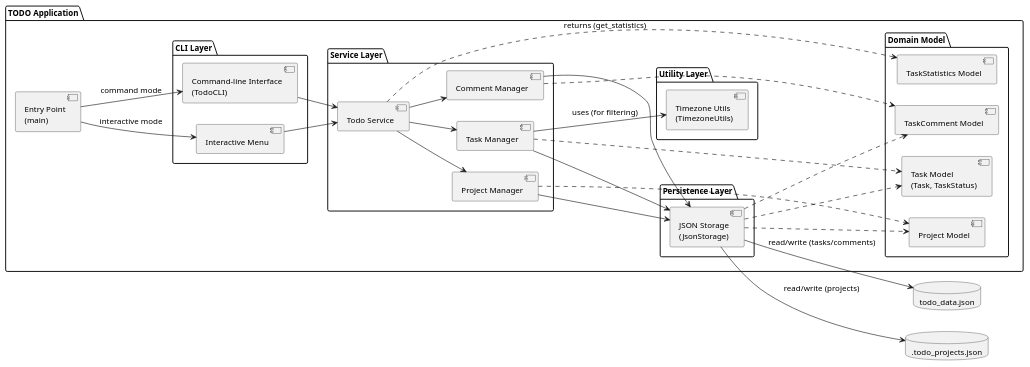
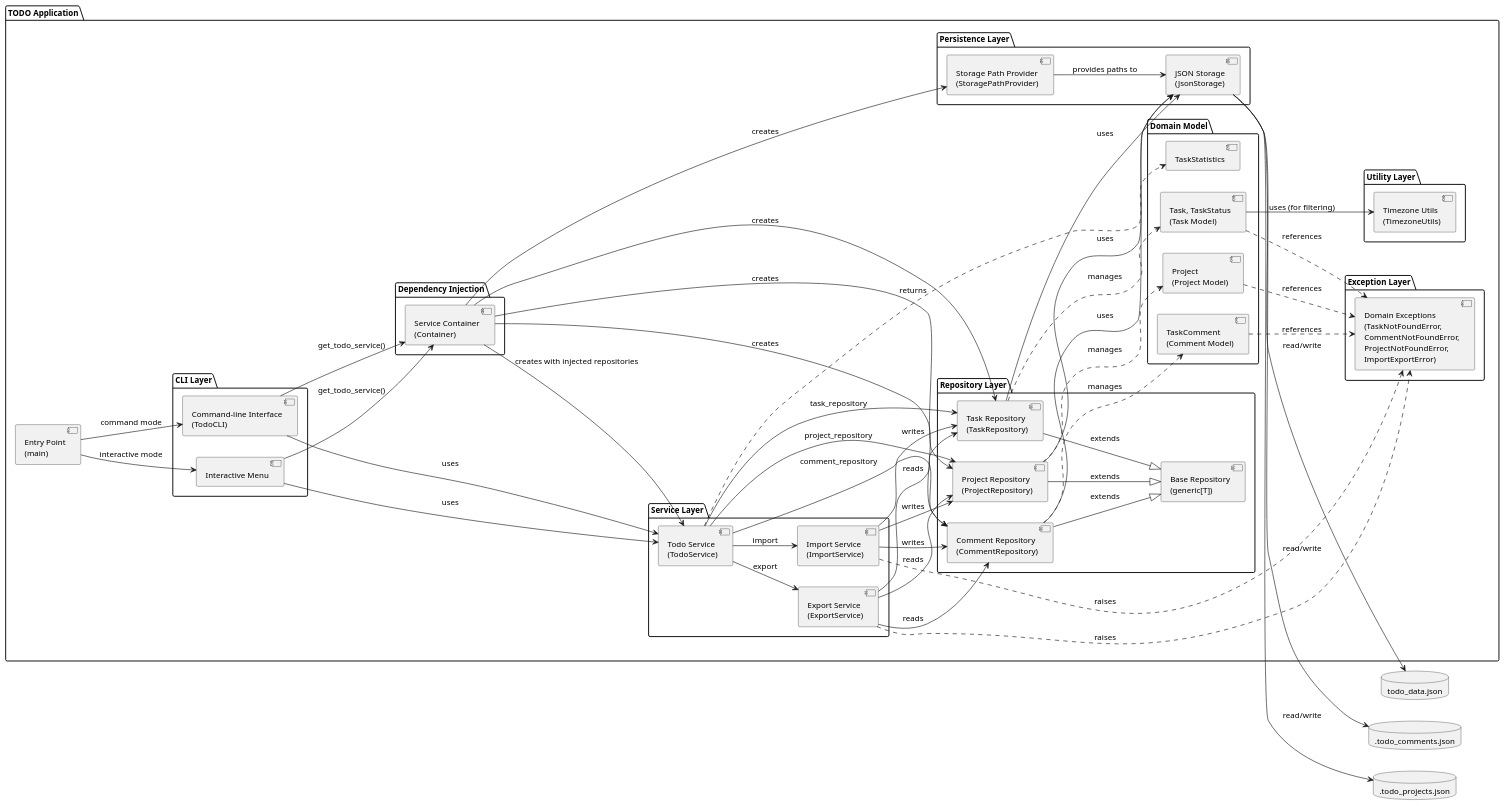
The diagram in experiments/pipeline/structured_text/TODO/artifacts/component_diagram.puml (DanielRiha8906/Software_autoevolution_using_agents), drawn with PlantUML before and after one commit. The commit also changed 36 other files, not shown here.

First line of the commit message:
Task 09: Separate TODO manager into clean layered architecture

```diff
--- a/experiments/pipeline/structured_text/TODO/artifacts/component_diagram.puml
+++ b/experiments/pipeline/structured_text/TODO/artifacts/component_diagram.puml
@@ -1,67 +1,114 @@
 @startuml component_diagram
 
 skinparam componentStyle uml2
 skinparam defaultFontSize 13
 
 left to right direction
 
 package "TODO Application" {
 
     component "Entry Point\n(main)" as Main
 
+    package "Exception Layer" {
+        component "Domain Exceptions\n(TaskNotFoundError,\nCommentNotFoundError,\nProjectNotFoundError,\nImportExportError)" as EXC
+    }
+
+    package "Domain Model" {
+        component "Task, TaskStatus\n(Task Model)" as Model
+        component "TaskComment\n(Comment Model)" as CMTModel
+        component "Project\n(Project Model)" as ProjModel
+        component "TaskStatistics" as StatsModel
+    }
+
+    package "Persistence Layer" {
+        component "Storage Path Provider\n(StoragePathProvider)" as PathProvider
+        component "JSON Storage\n(JsonStorage)" as Storage
+    }
+
+    package "Repository Layer" {
+        component "Base Repository\n(generic[T])" as BaseRepo
+        component "Task Repository\n(TaskRepository)" as TaskRepo
+        component "Comment Repository\n(CommentRepository)" as CommentRepo
+        component "Project Repository\n(ProjectRepository)" as ProjectRepo
+    }
+
+    package "Service Layer" {
+        component "Todo Service\n(TodoService)" as SVC
+        component "Export Service\n(ExportService)" as ExpSVC
+        component "Import Service\n(ImportService)" as ImpSVC
+    }
+
+    package "Dependency Injection" {
+        component "Service Container\n(Container)" as Container
+    }
+
     package "CLI Layer" {
         component "Interactive Menu" as IM
         component "Command-line Interface\n(TodoCLI)" as CLI
-    }
-
-    package "Service Layer" {
-        component "Todo Service" as SVC
-        component "Task Manager" as MGR
-        component "Comment Manager" as CMT
-        component "Project Manager" as PROJ
-    }
-
-    package "Domain Model" {
-        component "Task Model\n(Task, TaskStatus)" as Model
-        component "TaskComment Model" as CMTModel
-        component "Project Model" as ProjModel
-        component "TaskStatistics Model" as StatsModel
-    }
-
-    package "Persistence Layer" {
-        component "JSON Storage\n(JsonStorage)" as Storage
     }
 
     package "Utility Layer" {
         component "Timezone Utils\n(TimezoneUtils)" as TZ
     }
 }
 
 database "todo_data.json" as DB
-database ".todo_projects.json" as PROJDB
+database ".todo_comments.json" as CMT_DB
+database ".todo_projects.json" as PROJ_DB
 
 Main --> IM : interactive mode
 Main --> CLI : command mode
 
-IM --> SVC
-CLI --> SVC
+IM --> Container : get_todo_service()
+CLI --> Container : get_todo_service()
 
-SVC --> MGR
-SVC --> CMT
-SVC --> PROJ
-MGR --> Storage
-CMT --> Storage
-PROJ --> Storage
-MGR --> TZ : uses (for filtering)
-MGR ..> Model
-CMT ..> CMTModel
-PROJ ..> ProjModel
-SVC ..> StatsModel : returns (get_statistics)
-Storage ..> Model
-Storage ..> CMTModel
-Storage ..> ProjModel
+Container --> PathProvider : creates
+Container --> TaskRepo : creates
+Container --> CommentRepo : creates
+Container --> ProjectRepo : creates
+Container --> SVC : creates with injected repositories
 
-Storage --> DB : read/write (tasks/comments)
-Storage --> PROJDB : read/write (projects)
+IM --> SVC : uses
+CLI --> SVC : uses
+
+SVC --> TaskRepo : task_repository
+SVC --> CommentRepo : comment_repository
+SVC --> ProjectRepo : project_repository
+SVC --> ExpSVC : export
+SVC --> ImpSVC : import
+SVC ..> StatsModel : returns
+
+ExpSVC --> TaskRepo : reads
+ExpSVC --> CommentRepo : reads
+ExpSVC --> ProjectRepo : reads
+ExpSVC ..> EXC : raises
+
+ImpSVC --> TaskRepo : writes
+ImpSVC --> CommentRepo : writes
+ImpSVC --> ProjectRepo : writes
+ImpSVC ..> EXC : raises
+
+TaskRepo --|> BaseRepo : extends
+CommentRepo --|> BaseRepo : extends
+ProjectRepo --|> BaseRepo : extends
+
+TaskRepo --> Storage : uses
+CommentRepo --> Storage : uses
+ProjectRepo --> Storage : uses
+
+PathProvider --> Storage : provides paths to
+
+TaskRepo ..> Model : manages
+CommentRepo ..> CMTModel : manages
+ProjectRepo ..> ProjModel : manages
+
+Storage --> DB : read/write
+Storage --> CMT_DB : read/write
+Storage --> PROJ_DB : read/write
+
+Model --> TZ : uses (for filtering)
+CMTModel ..> EXC : references
+Model ..> EXC : references
+ProjModel ..> EXC : references
 
 @enduml
```
